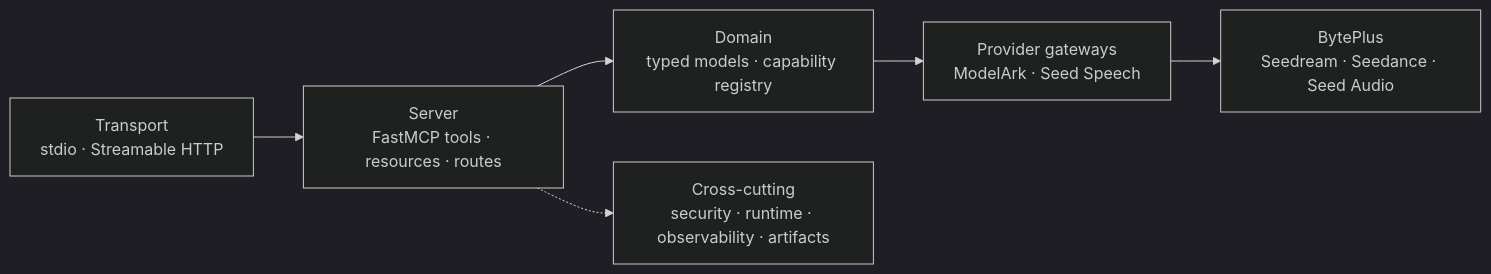
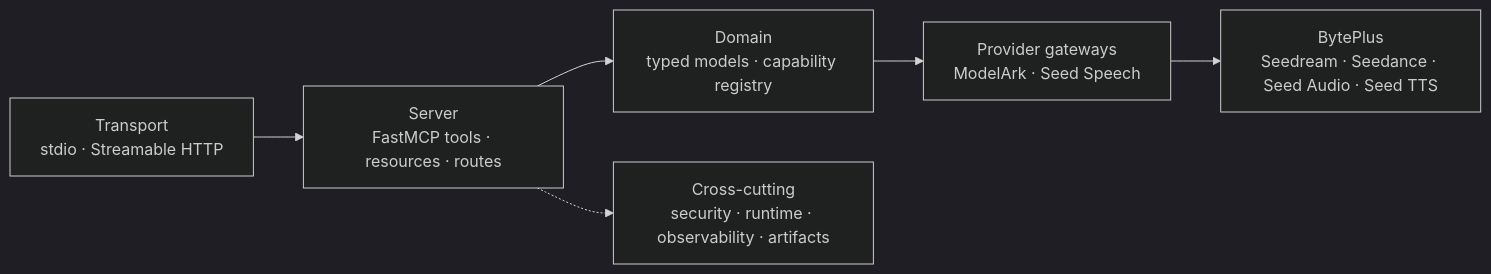
Before and after one commit to byteplus-sa/ark-mcp: the second of 3 diagrams in README.md, drawn with Mermaid (dark theme). The commit also changed other lines of this file and 47 other files, not shown here.

Commit message:
feat: add Seed TTS 3.0 speech synthesis

````diff
--- a/README.md
+++ b/README.md
@@ -200,8 +203,8 @@
 ```mermaid
 flowchart LR
   L1["Transport<br/>stdio · Streamable HTTP"] --> L2["Server<br/>FastMCP tools · resources · routes"]
   L2 --> L3["Domain<br/>typed models · capability registry"]
   L3 --> L4["Provider gateways<br/>ModelArk · Seed Speech"]
-  L4 --> L5["BytePlus<br/>Seedream · Seedance · Seed Audio"]
+  L4 --> L5["BytePlus<br/>Seedream · Seedance · Seed Audio · Seed TTS"]
   L2 -.-> X["Cross-cutting<br/>security · runtime · observability · artifacts"]
 ```
````
